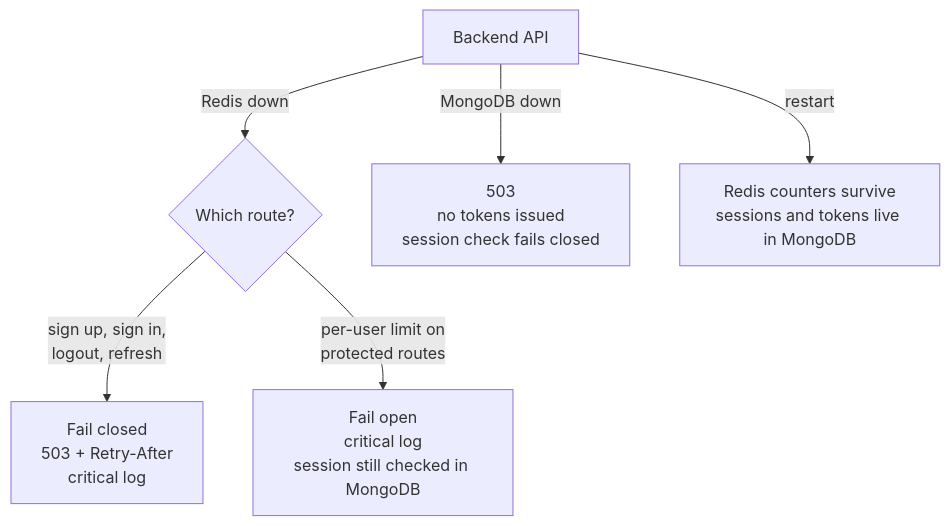
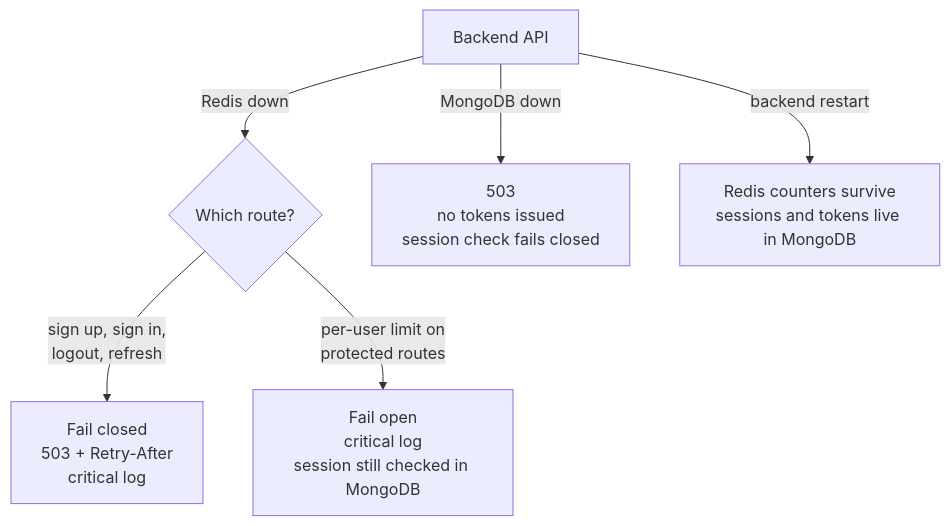
Before and after one commit to Rowan-habashy/easyGenerator-auth: the fourth of 4 diagrams in docs/architecture/c2-container.md, drawn with Mermaid. The commit also changed other lines of this file and 4 other files, not shown here.

````diff
--- a/docs/architecture/c2-container.md
+++ b/docs/architecture/c2-container.md
@@ -99,11 +74,11 @@
 ```mermaid
 flowchart TB
     api["Backend API"]
 
     api -- "Redis down" --> r{"Which route?"}
     r -- "sign up, sign in,<br/>logout, refresh" --> closed["Fail closed<br/>503 + Retry-After<br/>critical log"]
     r -- "per-user limit on<br/>protected routes" --> open["Fail open<br/>critical log<br/>session still checked in MongoDB"]
 
     api -- "MongoDB down" --> m["503<br/>no tokens issued<br/>session check fails closed"]
-    api -- "restart" --> s["Redis counters survive<br/>sessions and tokens live in MongoDB"]
+    api -- "backend restart" --> s["Redis counters survive<br/>sessions and tokens live in MongoDB"]
 ```
````
